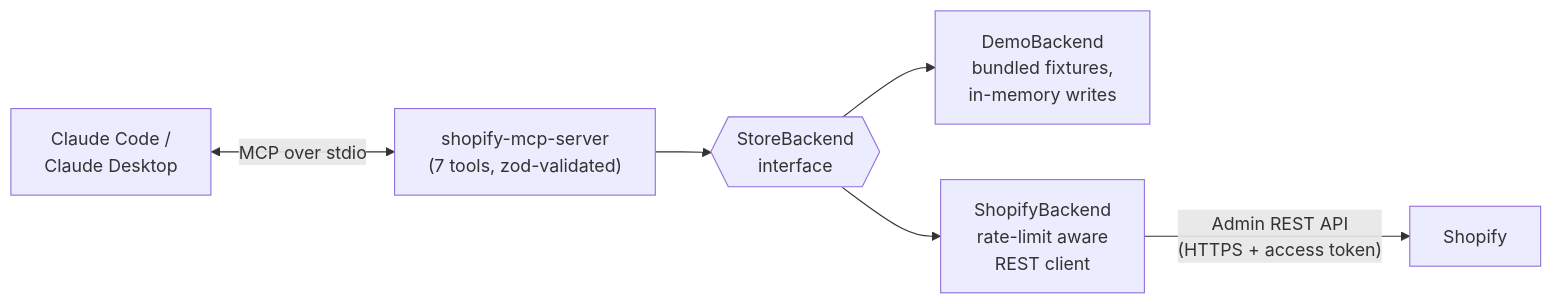
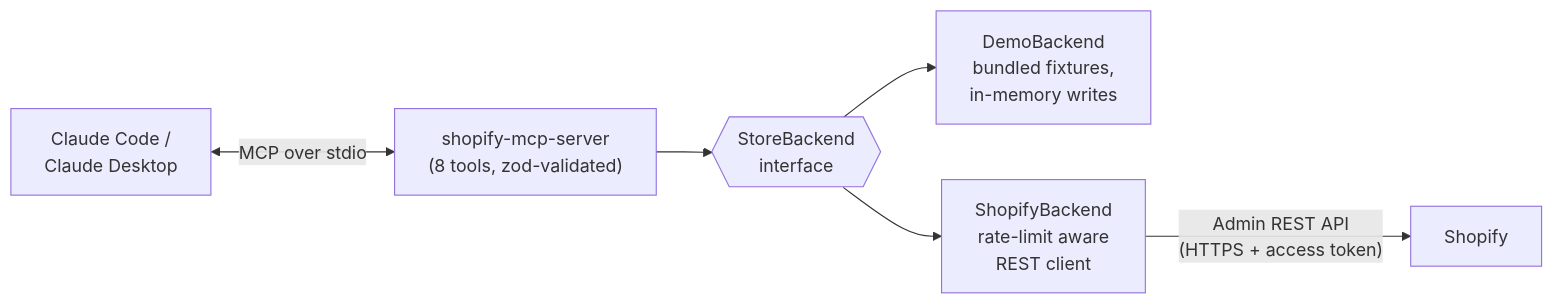
Before and after one commit to sahididrishi/shopify-mcp-server: the diagram in README.md, drawn with Mermaid. The commit also changed other lines of this file and 5 other files, not shown here.

````diff
--- a/README.md
+++ b/README.md
@@ -25,8 +26,8 @@
 ```mermaid
 flowchart LR
-    Claude["Claude Code /<br/>Claude Desktop"] <-- "MCP over stdio" --> Server["shopify-mcp-server<br/>(7 tools, zod-validated)"]
+    Claude["Claude Code /<br/>Claude Desktop"] <-- "MCP over stdio" --> Server["shopify-mcp-server<br/>(8 tools, zod-validated)"]
     Server --> Iface{{"StoreBackend<br/>interface"}}
     Iface --> Demo["DemoBackend<br/>bundled fixtures,<br/>in-memory writes"]
     Iface --> Live["ShopifyBackend<br/>rate-limit aware<br/>REST client"]
     Live -- "Admin REST API<br/>(HTTPS + access token)" --> Shopify["Shopify"]
 ```
````
